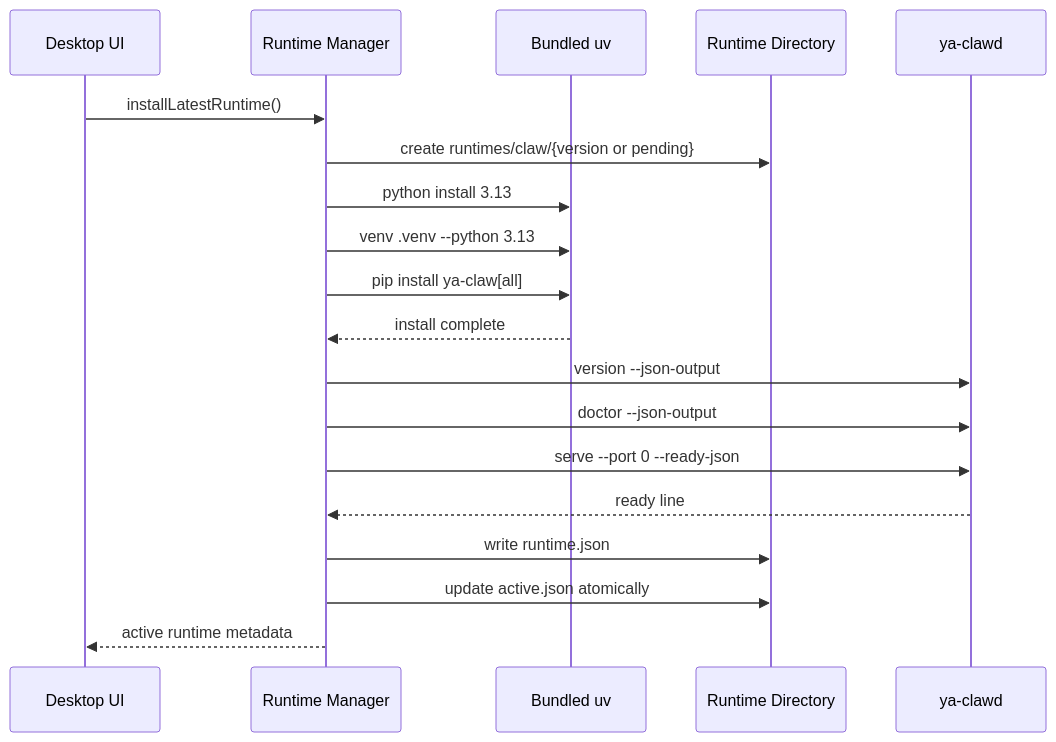
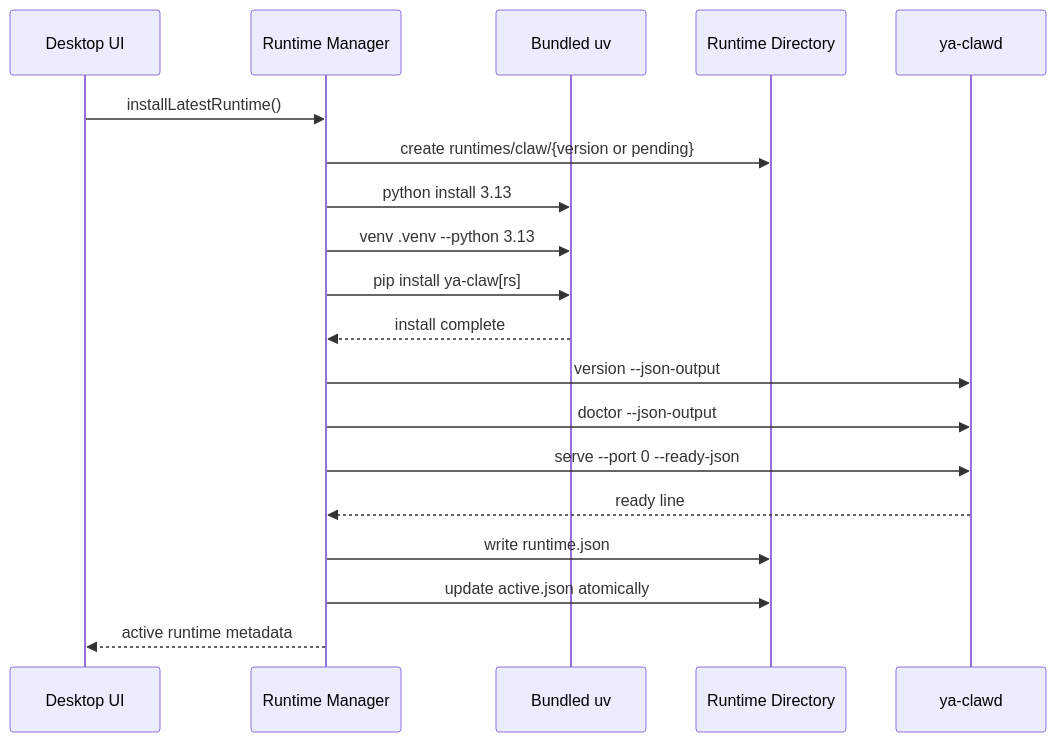
Before and after one commit to Alexsu26/ya-mono: the third of 3 diagrams in apps/ya-desktop/spec/10-runtime-manager-and-updates.md, drawn with Mermaid. The commit also changed other lines of this file and 53 other files, not shown here.

````diff
--- a/apps/ya-desktop/spec/10-runtime-manager-and-updates.md
+++ b/apps/ya-desktop/spec/10-runtime-manager-and-updates.md
@@ -156,22 +156,22 @@
 ```mermaid
 sequenceDiagram
     participant UI as Desktop UI
     participant RM as Runtime Manager
     participant UV as Bundled uv
     participant Runtime as Runtime Directory
     participant Claw as ya-clawd
 
     UI->>RM: installLatestRuntime()
     RM->>Runtime: create runtimes/claw/{version or pending}
     RM->>UV: python install 3.13
     RM->>UV: venv .venv --python 3.13
-    RM->>UV: pip install ya-claw[all]
+    RM->>UV: pip install ya-claw[rs]
     UV-->>RM: install complete
     RM->>Claw: version --json-output
     RM->>Claw: doctor --json-output
     RM->>Claw: serve --port 0 --ready-json
     Claw-->>RM: ready line
     RM->>Runtime: write runtime.json
     RM->>Runtime: update active.json atomically
     RM-->>UI: active runtime metadata
 ```
````
